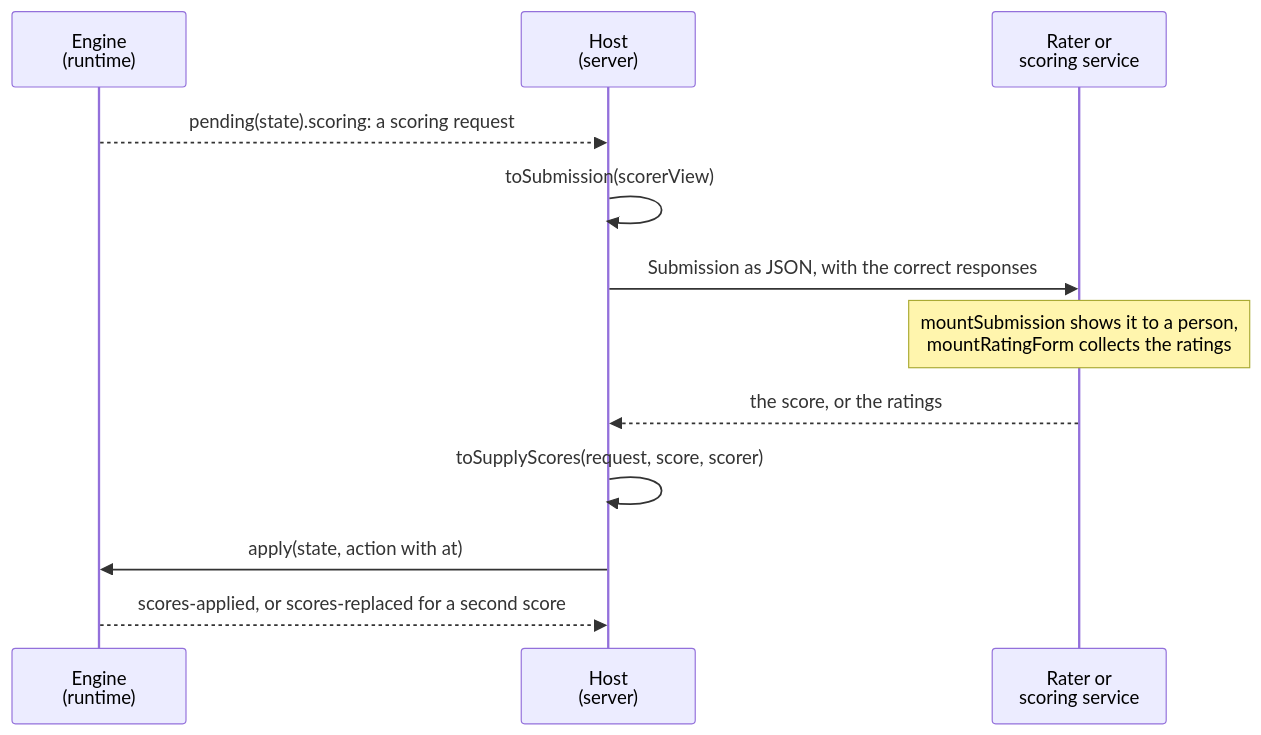
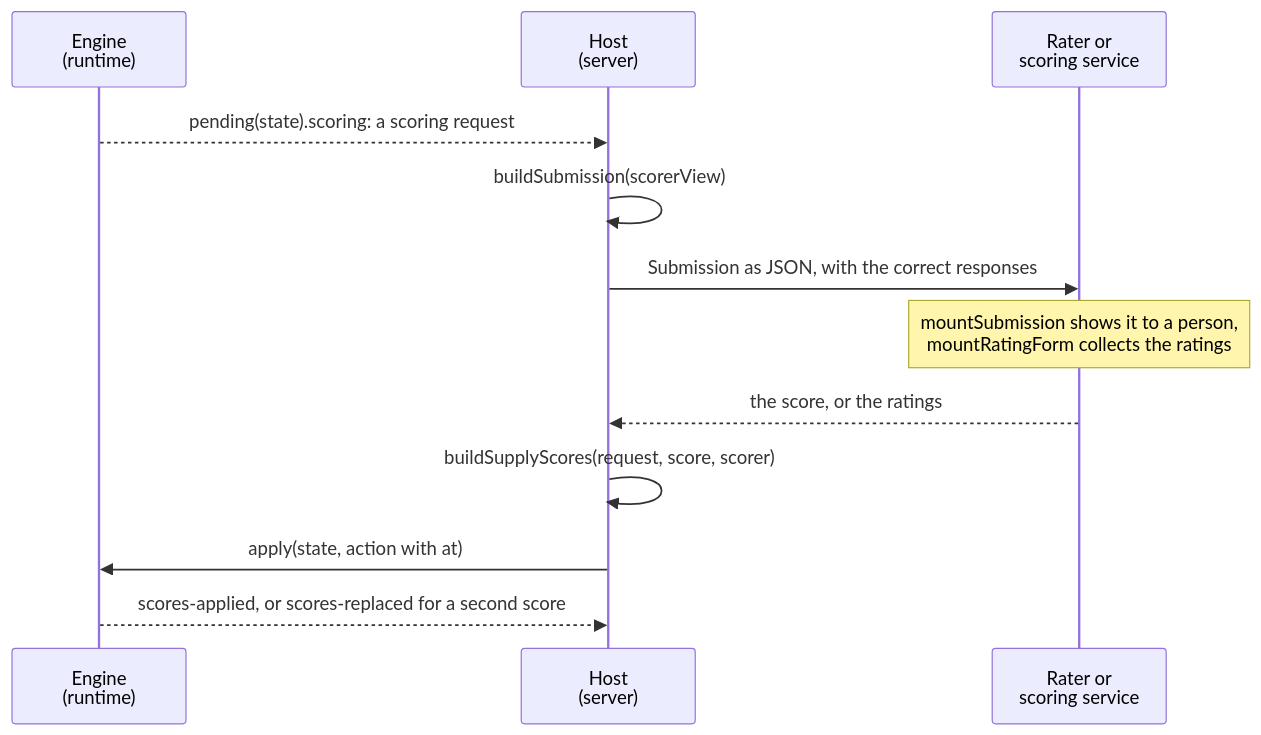
The first of 2 diagrams in docs/player/scoring.md (assesskit/assesskit), drawn with Mermaid before and after one commit. The commit also changed other lines of this file and 80 other files, not shown here.

````diff
--- a/docs/player/scoring.md
+++ b/docs/player/scoring.md
@@ -8,14 +8,14 @@
 ```mermaid
 sequenceDiagram
   participant E as Engine<br/>(runtime)
   participant H as Host<br/>(server)
   participant R as Rater or<br/>scoring service
   E-->>H: pending(state).scoring: a scoring request
-  H->>H: toSubmission(scorerView)
+  H->>H: buildSubmission(scorerView)
   H->>R: Submission as JSON, with the correct responses
   Note over R: mountSubmission shows it to a person,<br/>mountRatingForm collects the ratings
   R-->>H: the score, or the ratings
-  H->>H: toSupplyScores(request, score, scorer)
+  H->>H: buildSupplyScores(request, score, scorer)
   H->>E: apply(state, action with at)
   E-->>H: scores-applied, or scores-replaced for a second score
 ```
````
